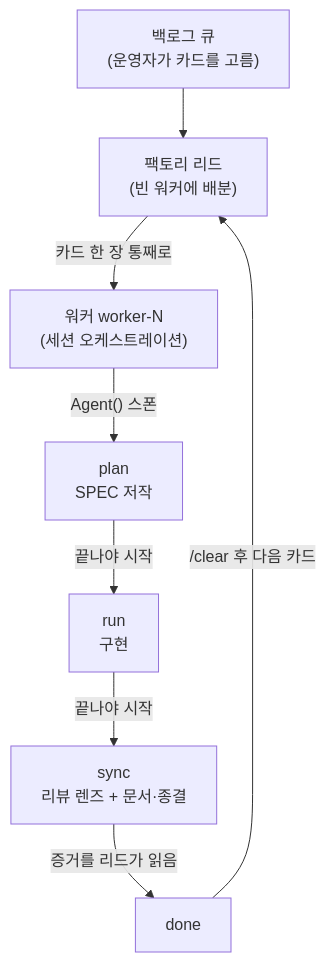
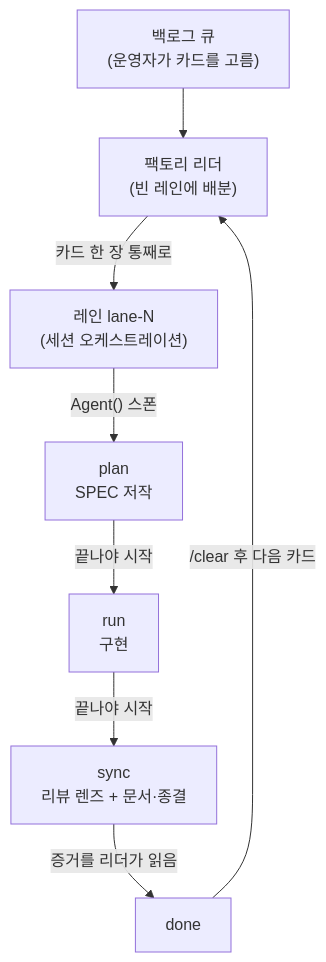
One commit to modu-ai/moai-adk changed the diagram in docs-site/content/ko/advanced/factory-mode.md. Above: the diagram before and after it, drawn with Mermaid. The commit also changed other lines of this file and 17 other files, not shown here.

First line of the commit message:
docs(SPEC-ROLE-NAMING-DOCS-001): M6 checkpoint — docs-site 4-locale leader/lane sweep (partial)

````diff
--- a/docs-site/content/ko/advanced/factory-mode.md
+++ b/docs-site/content/ko/advanced/factory-mode.md
@@ -69,10 +69,10 @@
 ```mermaid
 flowchart TD
-    Queue["백로그 큐<br/>(운영자가 카드를 고름)"] --> Lead["팩토리 리드<br/>(빈 워커에 배분)"]
-    Lead -->|"카드 한 장 통째로"| Worker["워커 worker-N<br/>(세션 오케스트레이션)"]
-    Worker -->|"Agent() 스폰"| Plan["plan<br/>SPEC 저작"]
+    Queue["백로그 큐<br/>(운영자가 카드를 고름)"] --> Lead["팩토리 리더<br/>(빈 레인에 배분)"]
+    Lead -->|"카드 한 장 통째로"| Lane["레인 lane-N<br/>(세션 오케스트레이션)"]
+    Lane -->|"Agent() 스폰"| Plan["plan<br/>SPEC 저작"]
     Plan -->|"끝나야 시작"| Run["run<br/>구현"]
     Run -->|"끝나야 시작"| Sync["sync<br/>리뷰 렌즈 + 문서·종결"]
-    Sync -->|"증거를 리드가 읽음"| Done["done"]
+    Sync -->|"증거를 리더가 읽음"| Done["done"]
     Done -->|"/clear 후 다음 카드"| Lead
 ```
````
